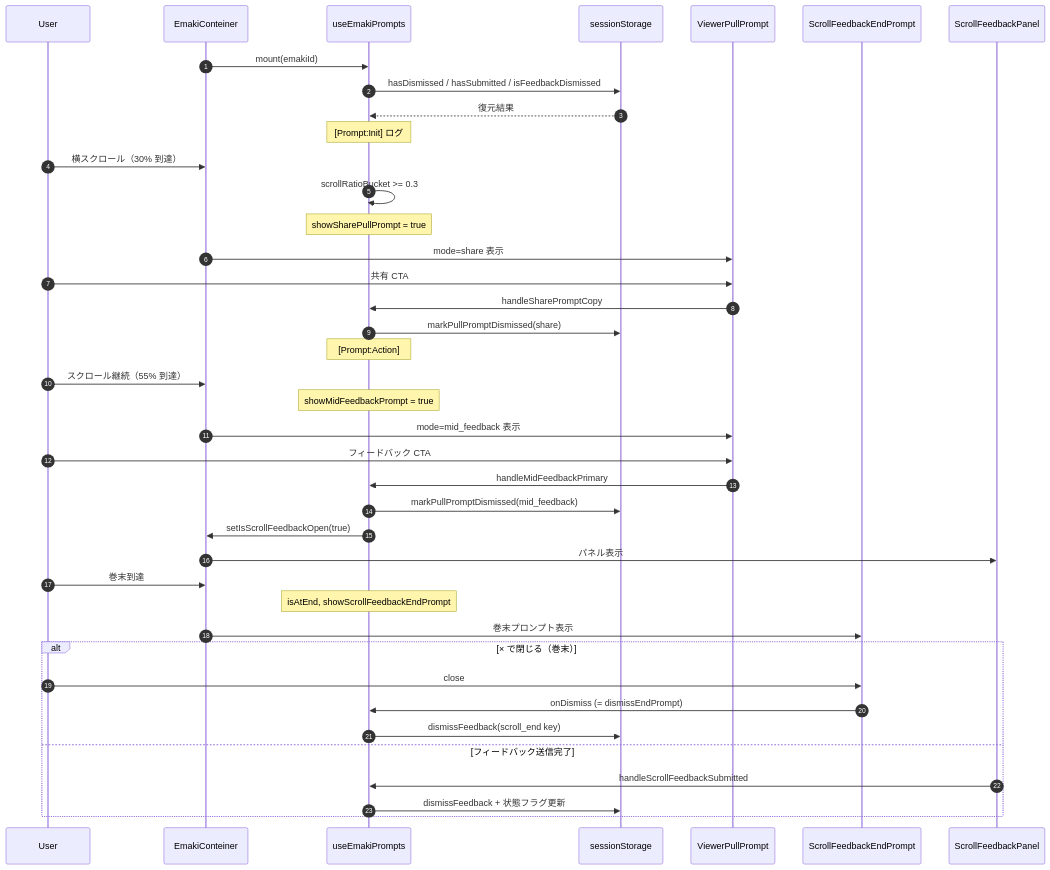
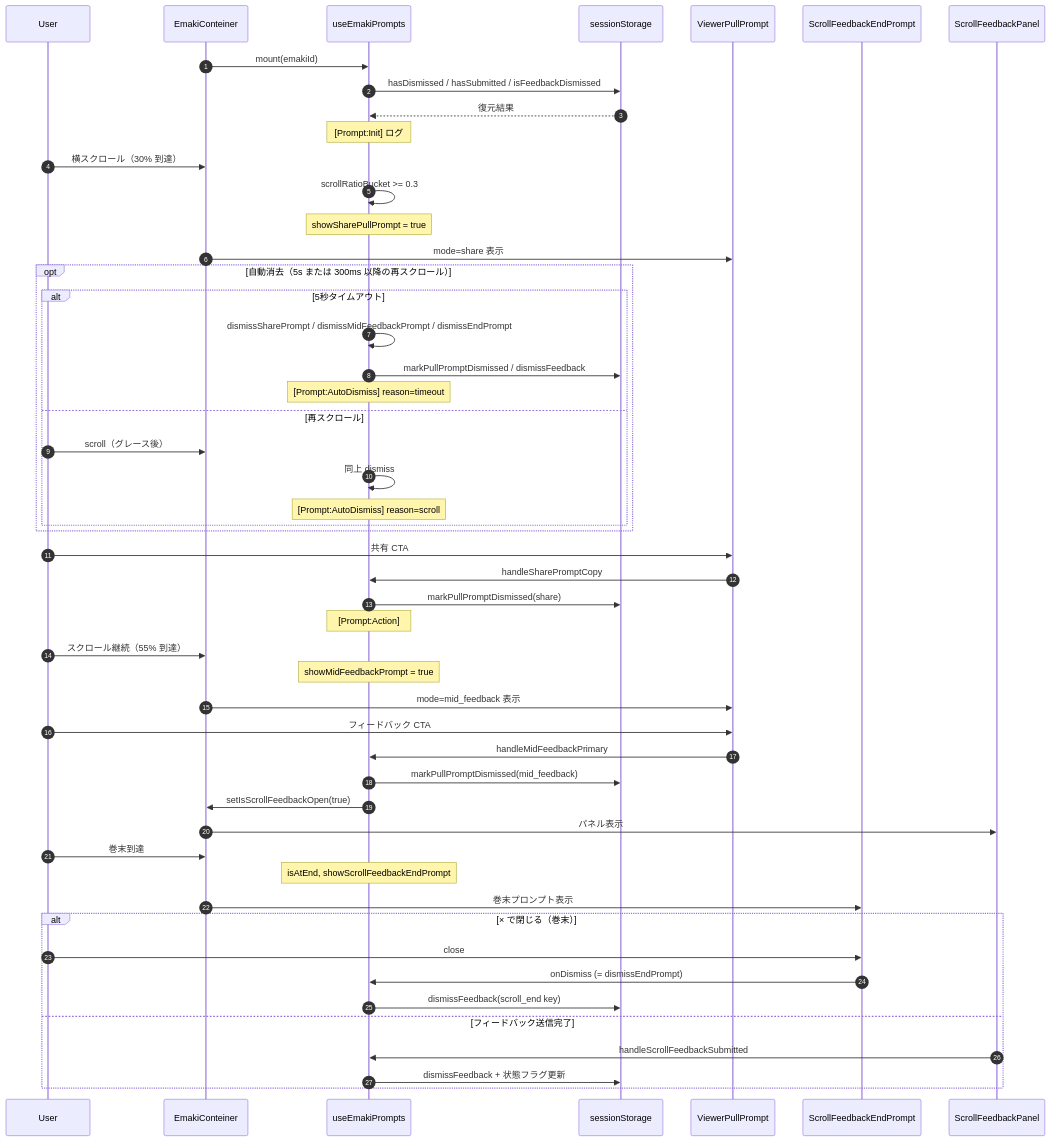
The second of 2 diagrams in docs/operations/emaki-prompts-SPEC.md (satoshi-create/emakimono-next), drawn with Mermaid before and after one commit. The commit also changed other lines of this file and 1 other file, not shown here.

Commit message:
feat(emaki): add auto-dismiss and scroll-dismiss for viewer prompts

````diff
--- a/docs/operations/emaki-prompts-SPEC.md
+++ b/docs/operations/emaki-prompts-SPEC.md
@@ -60,49 +60,61 @@
 ```mermaid
 sequenceDiagram
   autonumber
   participant User
   participant EC as EmakiConteiner
   participant UEP as useEmakiPrompts
   participant SS as sessionStorage
   participant VPP as ViewerPullPrompt
   participant SFEP as ScrollFeedbackEndPrompt
   participant Panel as ScrollFeedbackPanel
 
   EC->>UEP: mount(emakiId)
   UEP->>SS: hasDismissed / hasSubmitted / isFeedbackDismissed
   SS-->>UEP: 復元結果
   Note over UEP: [Prompt:Init] ログ
 
   User->>EC: 横スクロール（30% 到達）
   UEP->>UEP: scrollRatioBucket >= 0.3
   Note over UEP: showSharePullPrompt = true
   EC->>VPP: mode=share 表示
+
+  opt 自動消去（5s または 300ms 以降の再スクロール）
+    alt 5秒タイムアウト
+      UEP->>UEP: dismissSharePrompt / dismissMidFeedbackPrompt / dismissEndPrompt
+      UEP->>SS: markPullPromptDismissed / dismissFeedback
+      Note over UEP: [Prompt:AutoDismiss] reason=timeout
+    else 再スクロール
+      User->>EC: scroll（グレース後）
+      UEP->>UEP: 同上 dismiss
+      Note over UEP: [Prompt:AutoDismiss] reason=scroll
+    end
+  end
 
   User->>VPP: 共有 CTA
   VPP->>UEP: handleSharePromptCopy
   UEP->>SS: markPullPromptDismissed(share)
   Note over UEP: [Prompt:Action]
 
   User->>EC: スクロール継続（55% 到達）
   Note over UEP: showMidFeedbackPrompt = true
   EC->>VPP: mode=mid_feedback 表示
 
   User->>VPP: フィードバック CTA
   VPP->>UEP: handleMidFeedbackPrimary
   UEP->>SS: markPullPromptDismissed(mid_feedback)
   UEP->>EC: setIsScrollFeedbackOpen(true)
   EC->>Panel: パネル表示
 
   User->>EC: 巻末到達
   Note over UEP: isAtEnd, showScrollFeedbackEndPrompt
   EC->>SFEP: 巻末プロンプト表示
 
   alt × で閉じる（巻末）
     User->>SFEP: close
     SFEP->>UEP: onDismiss (= dismissEndPrompt)
     UEP->>SS: dismissFeedback(scroll_end key)
   else フィードバック送信完了
     Panel->>UEP: handleScrollFeedbackSubmitted
     UEP->>SS: dismissFeedback + 状態フラグ更新
   end
 ```
````
